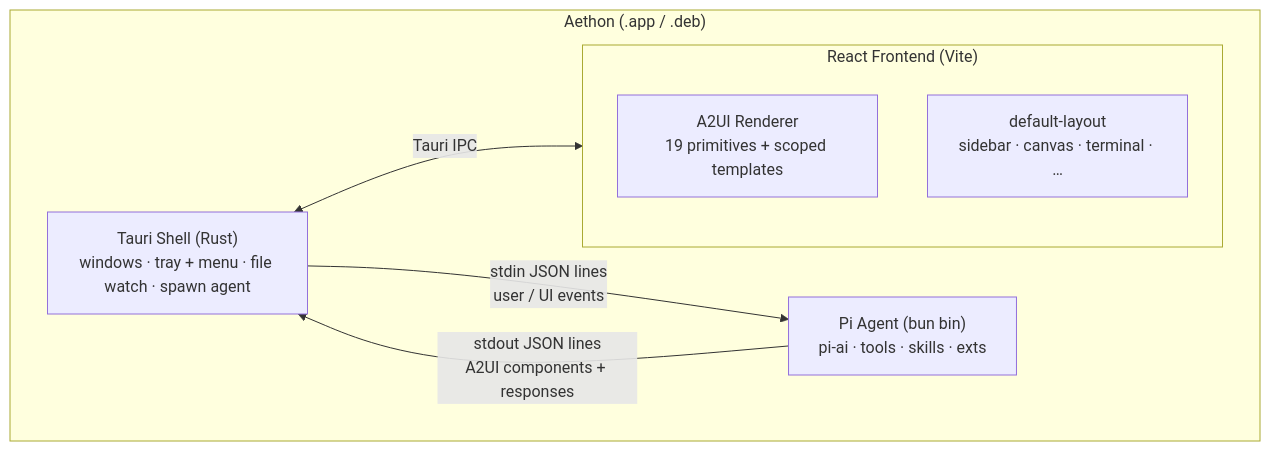
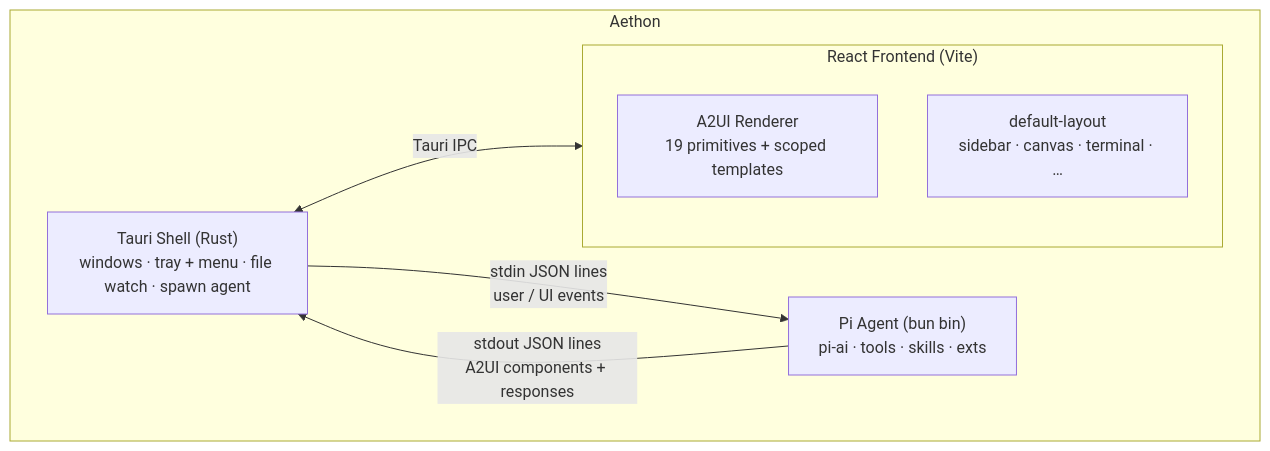
One commit to utensils/aethon changed the diagram in README.md. Above: the diagram before and after it, drawn with Mermaid.

Commit message:
docs(readme): drop .app/.deb artifact label from architecture diagram

````diff
--- a/README.md
+++ b/README.md
@@ -116,15 +116,15 @@
 ```mermaid
 graph TD
-    subgraph aethon["Aethon (.app / .deb)"]
+    subgraph aethon["Aethon"]
         TS["Tauri Shell (Rust)\nwindows · tray + menu · file watch · spawn agent"]
         PA["Pi Agent (bun bin)\npi-ai · tools · skills · exts"]
         subgraph react["React Frontend (Vite)"]
             R["A2UI Renderer\n19 primitives + scoped templates"]
             L["default-layout\nsidebar · canvas · terminal · …"]
         end
 
         TS -- "stdin JSON lines\nuser / UI events" --> PA
         PA -- "stdout JSON lines\nA2UI components + responses" --> TS
         TS <-- "Tauri IPC" --> react
     end
 ```
````
